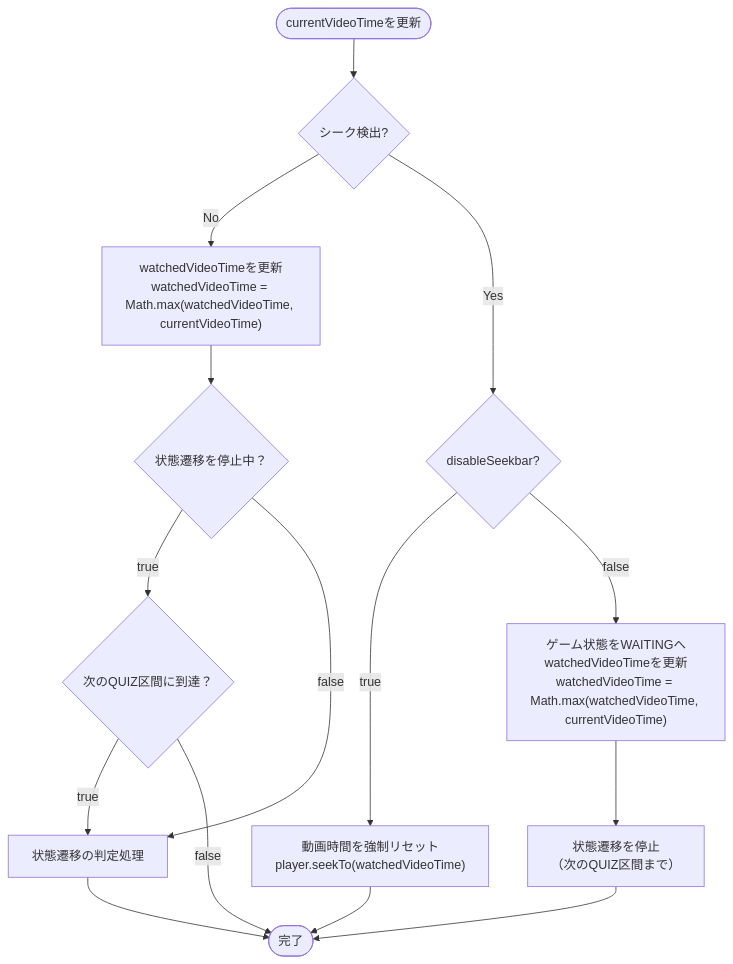
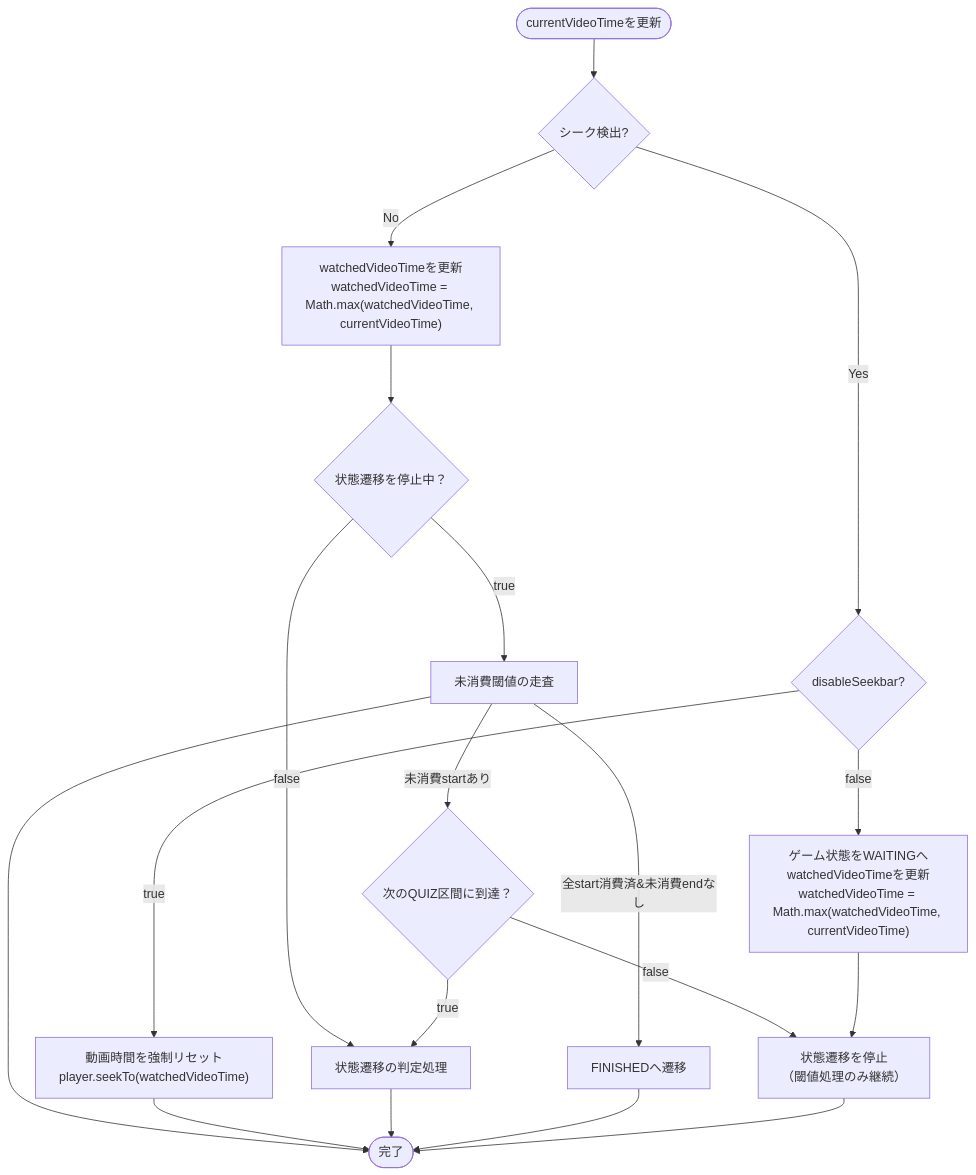
One commit to t-yokota/youtube-quiz-battle changed the fourth of 7 diagrams in .kiro/specs/youtube-quiz-battle/design.md. Above: the diagram before and after it, drawn with Mermaid. The commit also changed other lines of this file, not shown here.

````diff
--- a/.kiro/specs/youtube-quiz-battle/design.md
+++ b/.kiro/specs/youtube-quiz-battle/design.md
@@ -467,25 +472,30 @@
 ```mermaid
 flowchart TD
     Start(["currentVideoTimeを更新"]) --> Check{シーク検出?}
 
     Check -->|No| Update["watchedVideoTimeを更新<br>watchedVideoTime = Math.max(watchedVideoTime, currentVideoTime)"]
 
     Check -->|Yes| Setting1{disableSeekbar?}
 
     Setting1 -->|true| Reset["動画時間を強制リセット<br>player.seekTo(watchedVideoTime)"]
     Setting1 -->|false| Wait["ゲーム状態をWAITINGへ<br>watchedVideoTimeを更新<br>watchedVideoTime = Math.max(watchedVideoTime, currentVideoTime)"]
 
     Update --> Setting2{状態遷移を停止中？}
 
-    Setting2 --> |true| Time{次のQUIZ区間に到達？}
+    Setting2 --> |true| Window[未消費閾値の走査]
     Setting2 --> |false| Transition[状態遷移の判定処理]
 
+    Window --> |未消費startあり| Time{次のQUIZ区間に到達？}
+    Window --> |全start消費済&未消費endなし| Finish[FINISHEDへ遷移]
+    Window --> End
+
     Time --> |true| Transition
-    Time --> |false| End
+    Time --> |false| Block
 
     Reset --> End
-    Wait --> Block["状態遷移を停止<br/>（次のQUIZ区間まで）"]
+    Wait --> Block["状態遷移を停止<br/>（閾値処理のみ継続）"]
 
     Transition --> End(["完了"])
+    Finish --> End
     Block --> End
 ```
````
